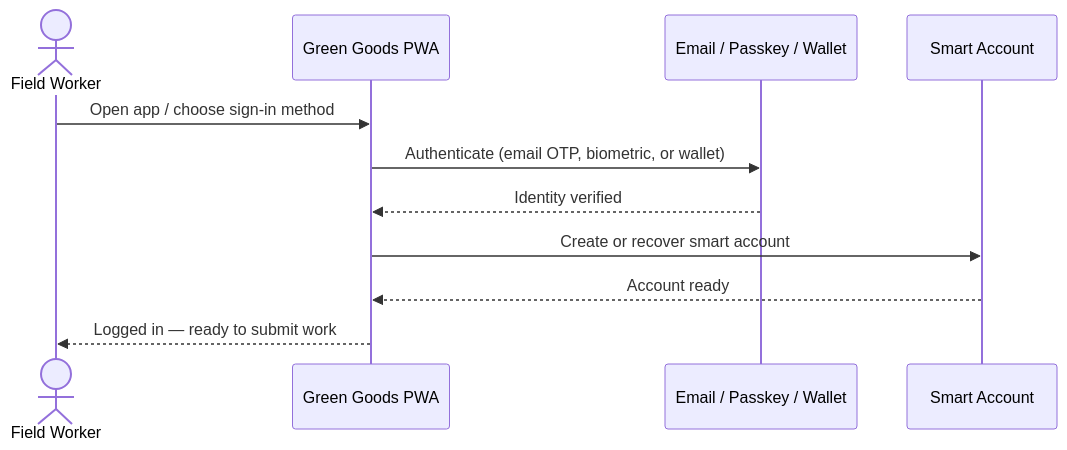
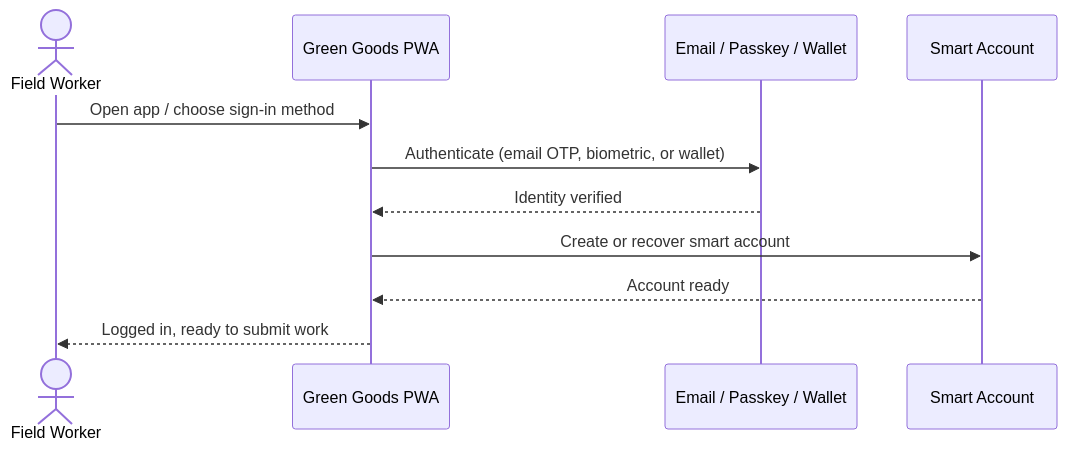
The first of 2 diagrams in docs/docs/community/how-it-works.mdx (greenpill-dev-guild/green-goods), drawn with Mermaid before and after one commit. The commit also changed other lines of this file and 6 other files, not shown here.

````diff
--- a/docs/docs/community/how-it-works.mdx
+++ b/docs/docs/community/how-it-works.mdx
@@ -51,14 +51,14 @@
 ```mermaid
 sequenceDiagram
     actor User as Field Worker
     participant App as Green Goods PWA
     participant Auth as Email / Passkey / Wallet
     participant SA as Smart Account
 
     User->>App: Open app / choose sign-in method
     App->>Auth: Authenticate (email OTP, biometric, or wallet)
     Auth-->>App: Identity verified
     App->>SA: Create or recover smart account
     SA-->>App: Account ready
-    App-->>User: Logged in — ready to submit work
+    App-->>User: Logged in, ready to submit work
 ```
````
